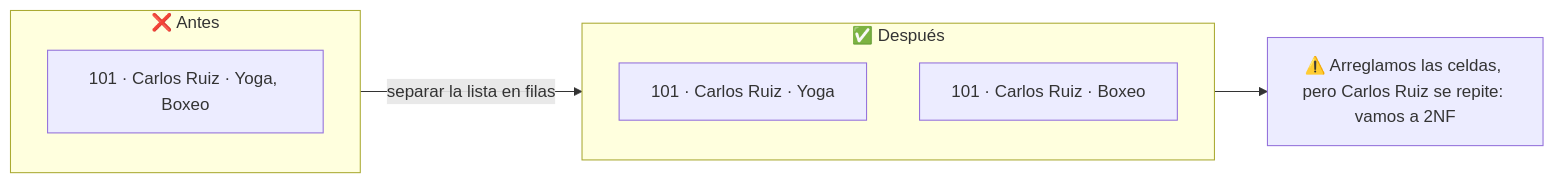
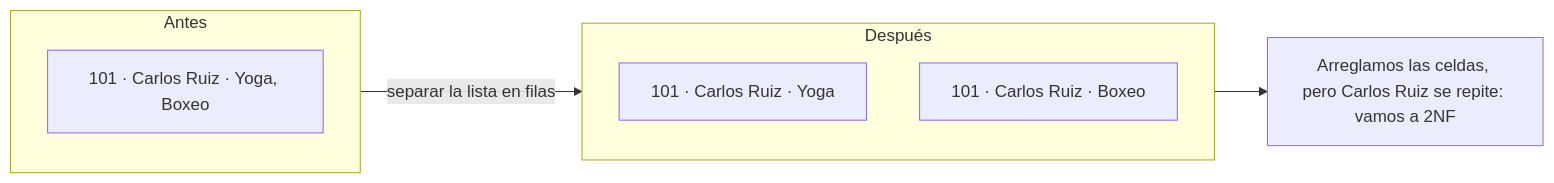
One commit to leanaraque/data_analytics_2026 changed the ninth of 18 diagrams in documentacion/Semana-02-Esquemas-Conceptos.md. Above: the diagram before and after it, drawn with Mermaid. The commit also changed other lines of this file and 109 other files, not shown here.

````diff
--- a/documentacion/Semana-02-Esquemas-Conceptos.md
+++ b/documentacion/Semana-02-Esquemas-Conceptos.md
@@ -175,14 +175,14 @@
 ```mermaid
 flowchart LR
-    subgraph ANTES["❌ Antes"]
+    subgraph ANTES["Antes"]
         A1["101 · Carlos Ruiz · Yoga, Boxeo"]
     end
 
-    subgraph DESPUES["✅ Después"]
+    subgraph DESPUES["Después"]
         B1["101 · Carlos Ruiz · Yoga"]
         B2["101 · Carlos Ruiz · Boxeo"]
     end
 
     ANTES -- "separar la lista en filas" --> DESPUES
-    DESPUES --> C["⚠️ Arreglamos las celdas, pero Carlos Ruiz se repite: vamos a 2NF"]
+    DESPUES --> C["Arreglamos las celdas, pero Carlos Ruiz se repite: vamos a 2NF"]
 ```
````
